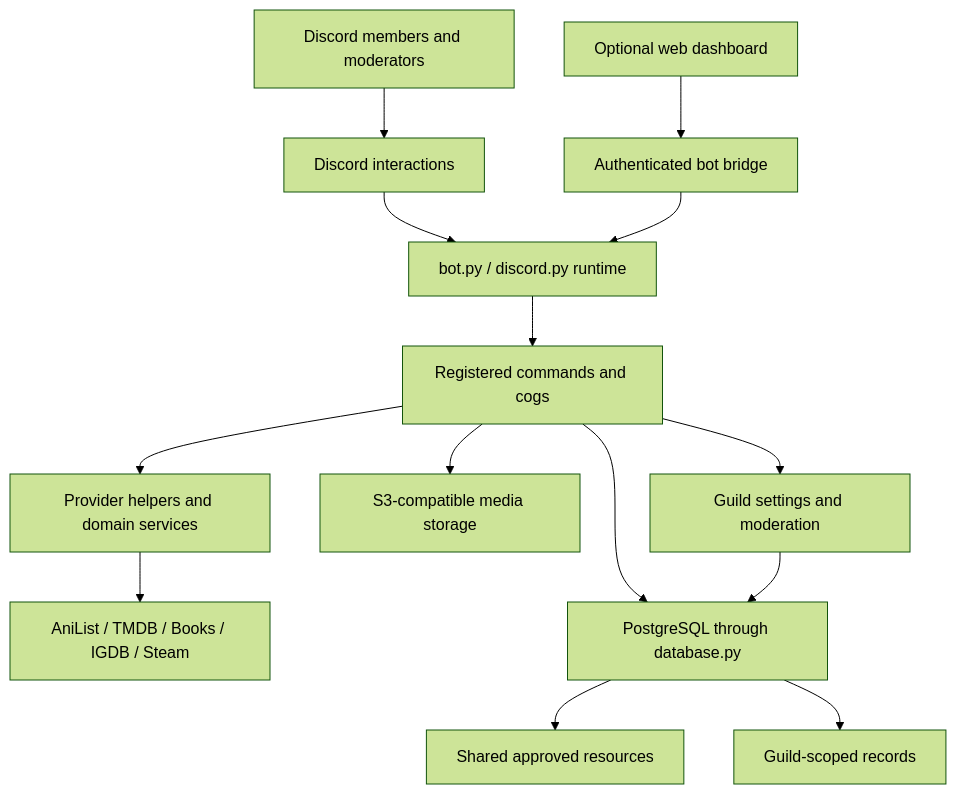
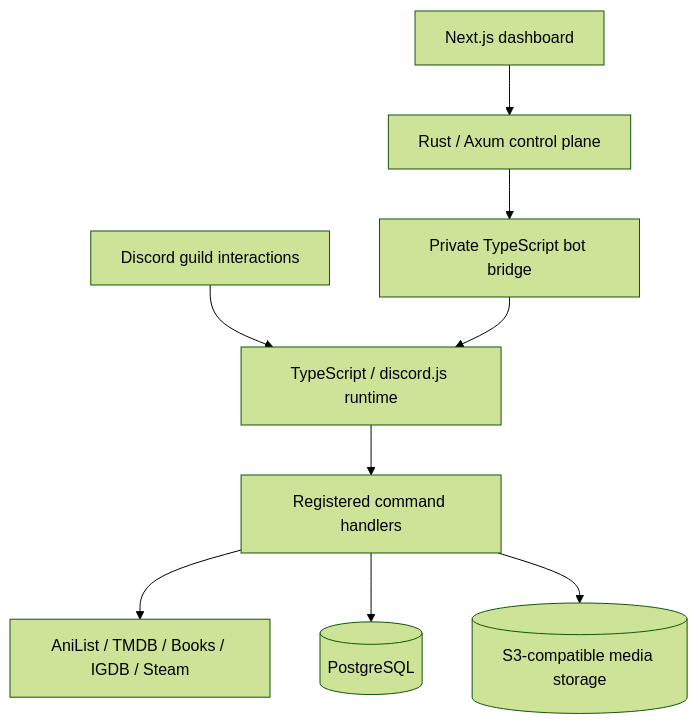
Before and after one commit to Kyerstorm/Lemegeton: the diagram in README.md, drawn with Mermaid (forest theme). The commit also changed other lines of this file and 196 other files, not shown here.

Commit message:
chore: switch runtime to TypeScript and remove Python sources

````diff
--- a/README.md
+++ b/README.md
@@ -120,16 +53,11 @@
-```mermaid
+~~~mermaid
 flowchart TB
-    Members["Discord members and moderators"] --> Discord["Discord interactions"]
-    Discord --> Bot["bot.py / discord.py runtime"]
-    Bot --> Commands["Registered commands and cogs"]
-    Commands --> Providers["Provider helpers and domain services"]
-    Providers --> Sources["AniList / TMDB / Books / IGDB / Steam"]
-    Commands --> Database["PostgreSQL through database.py"]
-    Commands --> Storage["S3-compatible media storage"]
-    Commands --> GuildSettings["Guild settings and moderation"]
-    GuildSettings --> Database
-    Dashboard["Optional web dashboard"] --> Bridge["Authenticated bot bridge"]
+    Discord[Discord guild interactions] --> Bot[TypeScript / discord.js runtime]
+    Bot --> Commands[Registered command handlers]
+    Commands --> Providers[AniList / TMDB / Books / IGDB / Steam]
+    Commands --> Database[(PostgreSQL)]
+    Commands --> Objects[(S3-compatible media storage)]
+    Dashboard[Next.js dashboard] --> Rust[Rust / Axum control plane]
+    Rust --> Bridge[Private TypeScript bot bridge]
     Bridge --> Bot
-    Database --> Shared["Shared approved resources"]
-    Database --> GuildRecords["Guild-scoped records"]
-```
+~~~
````
